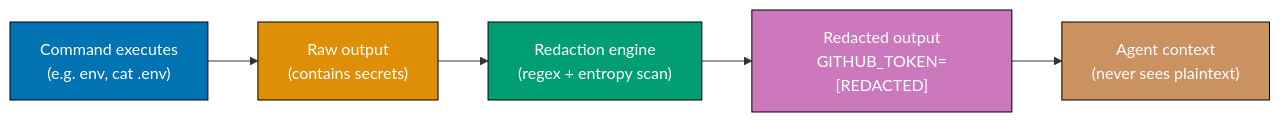
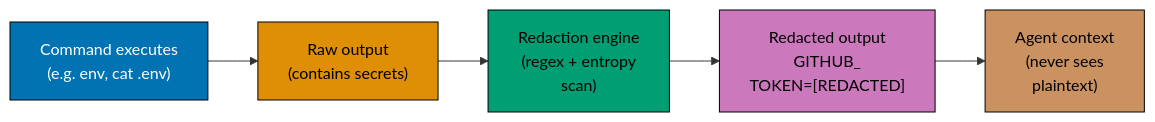
The fourth of 14 diagrams in apps/ayokoding-www/content/en/learn/legacy/artificial-intelligence/tools/hermes-agent/by-example/advanced.md (wahidyankf/ose-public), drawn with Mermaid before and after one commit. The commit also changed other lines of this file and 50 other files, not shown here.

First line of the commit message:
fix(mermaid): bring the docs, governance, plans, and legacy AI diagrams onto the accessible palette

````diff
--- a/apps/ayokoding-www/content/en/learn/legacy/artificial-intelligence/tools/hermes-agent/by-example/advanced.md
+++ b/apps/ayokoding-www/content/en/learn/legacy/artificial-intelligence/tools/hermes-agent/by-example/advanced.md
@@ -491,17 +514,25 @@
 ```mermaid
 %% Color Palette: Blue #0173B2, Orange #DE8F05, Teal #029E73, Purple #CC78BC, Brown #CA9161
 graph LR
+    accTitle: Example 62: Secret Redaction
+    accDescr: Graph with 5 nodes and 4 connections. Nodes: Command executes (e.g. env, cat .env), Raw output (contains secrets), Redaction engine (regex + entropy scan), Redacted output GITHUB_ TOKEN=[REDACTED], Agent context (never sees plaintext). Connections: Command executes (e.g. env, cat .env) to Raw output (contains secrets), Raw output (contains secrets) to Redaction engine (regex + entropy scan), Redaction engine (regex + entropy scan) to Redacted output GITHUB_ TOKEN=[REDACTED], Redacted output GITHUB_ TOKEN=[REDACTED] to Agent context (never sees plaintext).
     A["Command executes<br/>(e.g. env, cat .env)"]
     B["Raw output<br/>(contains secrets)"]
-    C["Redaction engine<br/>(regex + entropy scan)"]
-    D["Redacted output<br/>GITHUB_TOKEN=[REDACTED]"]
-    E["Agent context<br/>(never sees plaintext)"]
+    C["Redaction engine<br/>(regex + entropy<br/>scan)"]
+    D["Redacted output<br/>GITHUB_<br/>TOKEN=[REDACTED]"]
+    E["Agent context<br/>(never sees<br/>plaintext)"]
 
     A --> B --> C --> D --> E
 
-    style A fill:#0173B2,stroke:#000,color:#fff
-    style B fill:#DE8F05,stroke:#000,color:#fff
-    style C fill:#029E73,stroke:#000,color:#fff
-    style D fill:#CC78BC,stroke:#000,color:#fff
-    style E fill:#CA9161,stroke:#000,color:#fff
+    classDef pal-0173B2 fill:#0173B2,stroke:#000000,color:#FFFFFF
+    class A pal-0173B2
+    classDef pal-DE8F05 fill:#DE8F05,stroke:#000000,color:#000000
+    class B pal-DE8F05
+    classDef pal-029E73 fill:#029E73,stroke:#000000,color:#000000
+    class C pal-029E73
+    classDef pal-CC78BC fill:#CC78BC,stroke:#000000,color:#000000
+    class D pal-CC78BC
+    classDef pal-CA9161 fill:#CA9161,stroke:#000000,color:#000000
+    class E pal-CA9161
+    classDef default fill:#FFFFFF,stroke:#000000,color:#000000
 ```
````
